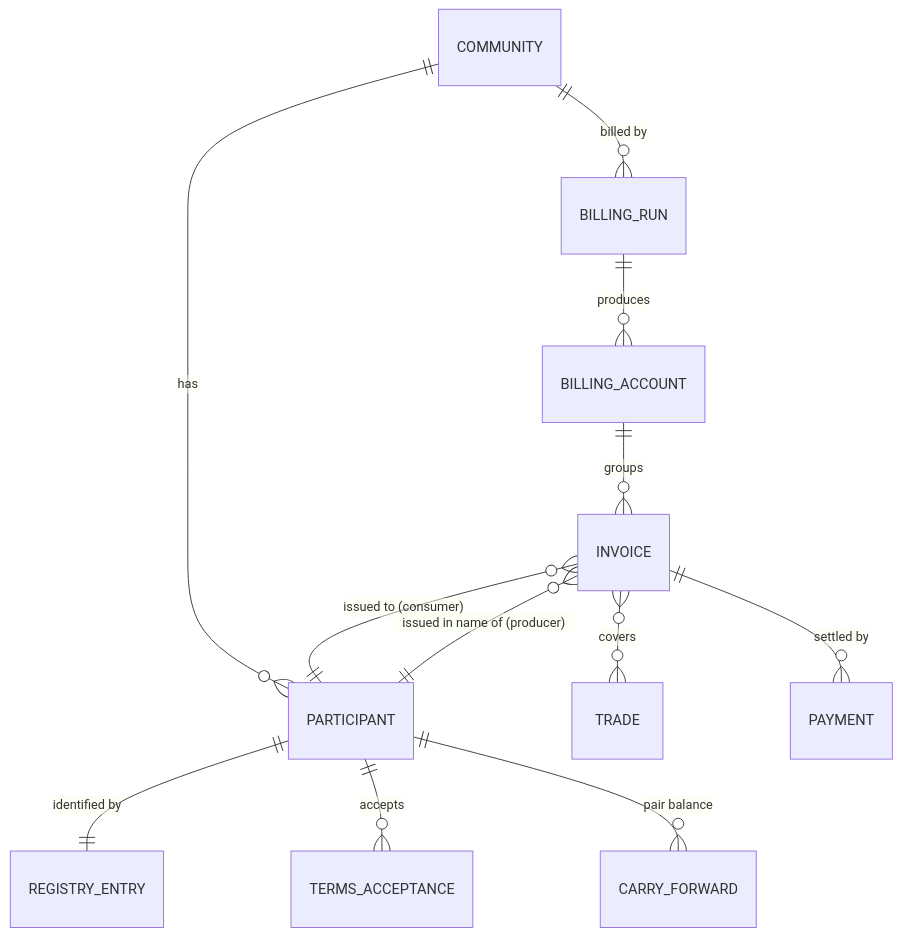
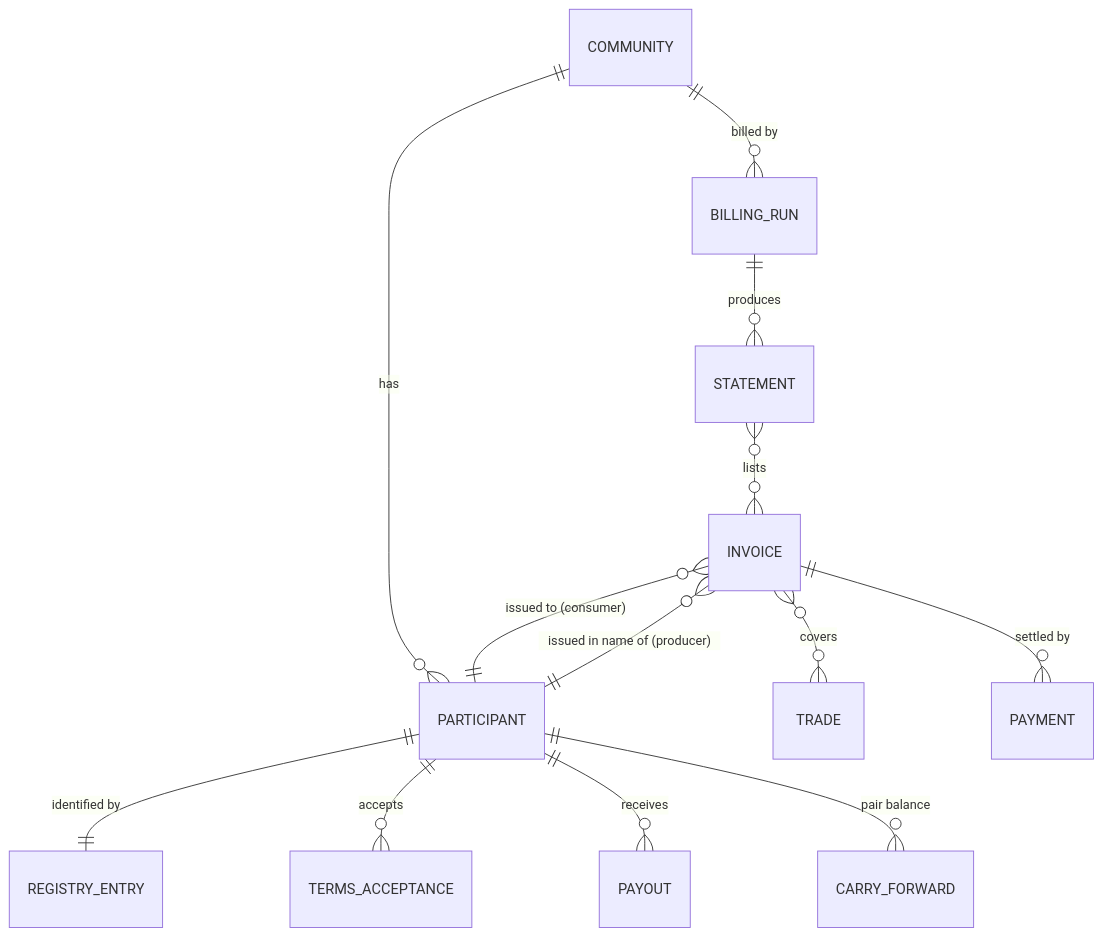
The seventh of 7 diagrams in docs/architecture/01-functional-architecture.md (blooo-io/intelligent-eu-bps-source), drawn with Mermaid before and after one commit. The commit also changed other lines of this file and 96 other files, not shown here.

````diff
--- a/docs/architecture/01-functional-architecture.md
+++ b/docs/architecture/01-functional-architecture.md
@@ -233,15 +253,16 @@
 ```mermaid
 %% elk %%
 erDiagram
   COMMUNITY ||--o{ PARTICIPANT : has
   PARTICIPANT ||--|| REGISTRY_ENTRY : "identified by"
   PARTICIPANT ||--o{ TERMS_ACCEPTANCE : accepts
   COMMUNITY ||--o{ BILLING_RUN : "billed by"
-  BILLING_RUN ||--o{ BILLING_ACCOUNT : produces
-  BILLING_ACCOUNT ||--o{ INVOICE : groups
+  BILLING_RUN ||--o{ STATEMENT : produces
+  STATEMENT }o--o{ INVOICE : lists
   INVOICE }o--|| PARTICIPANT : "issued to (consumer)"
   INVOICE }o--|| PARTICIPANT : "issued in name of (producer)"
   INVOICE }o--o{ TRADE : covers
   INVOICE ||--o{ PAYMENT : "settled by"
+  PARTICIPANT ||--o{ PAYOUT : receives
   PARTICIPANT ||--o{ CARRY_FORWARD : "pair balance"
 ```
````
